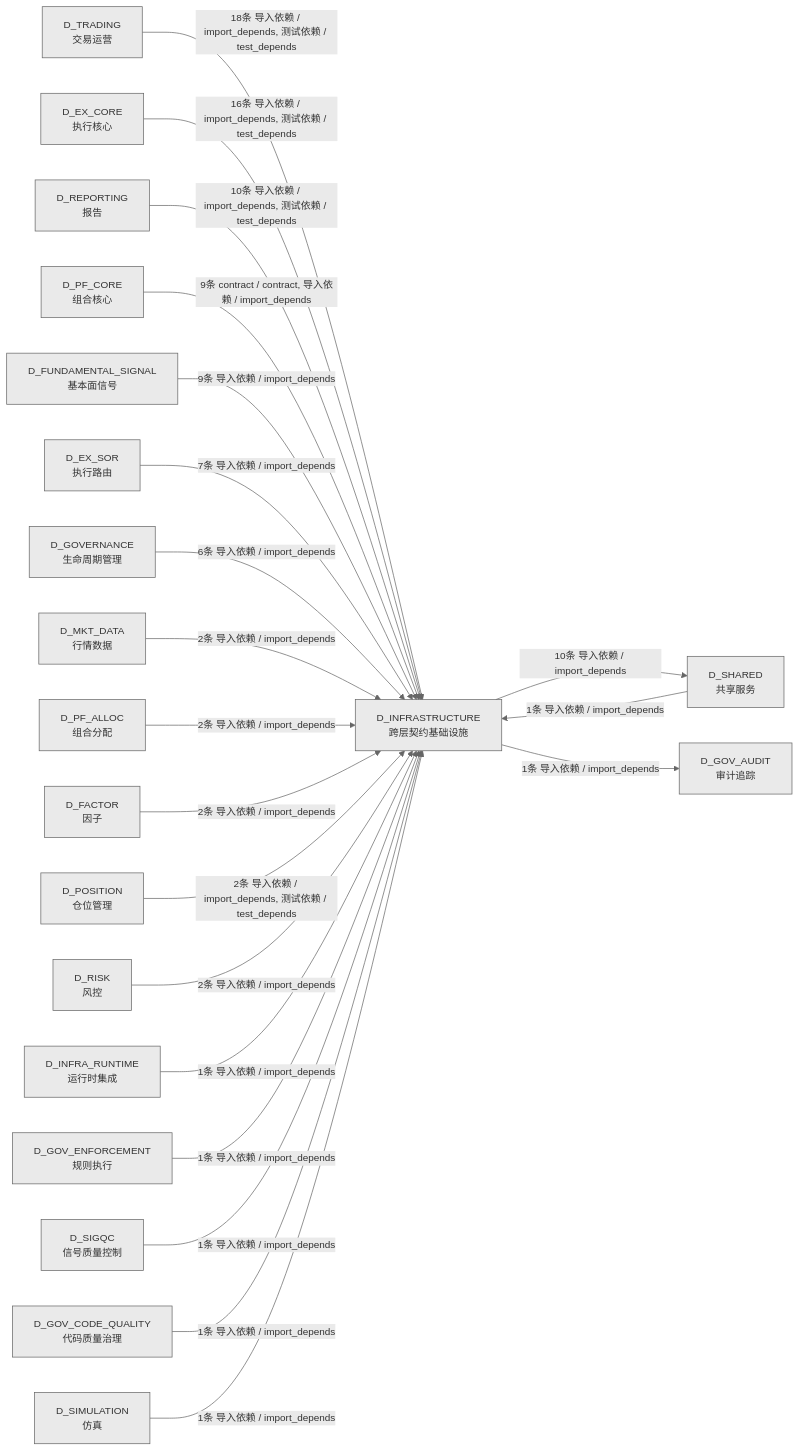
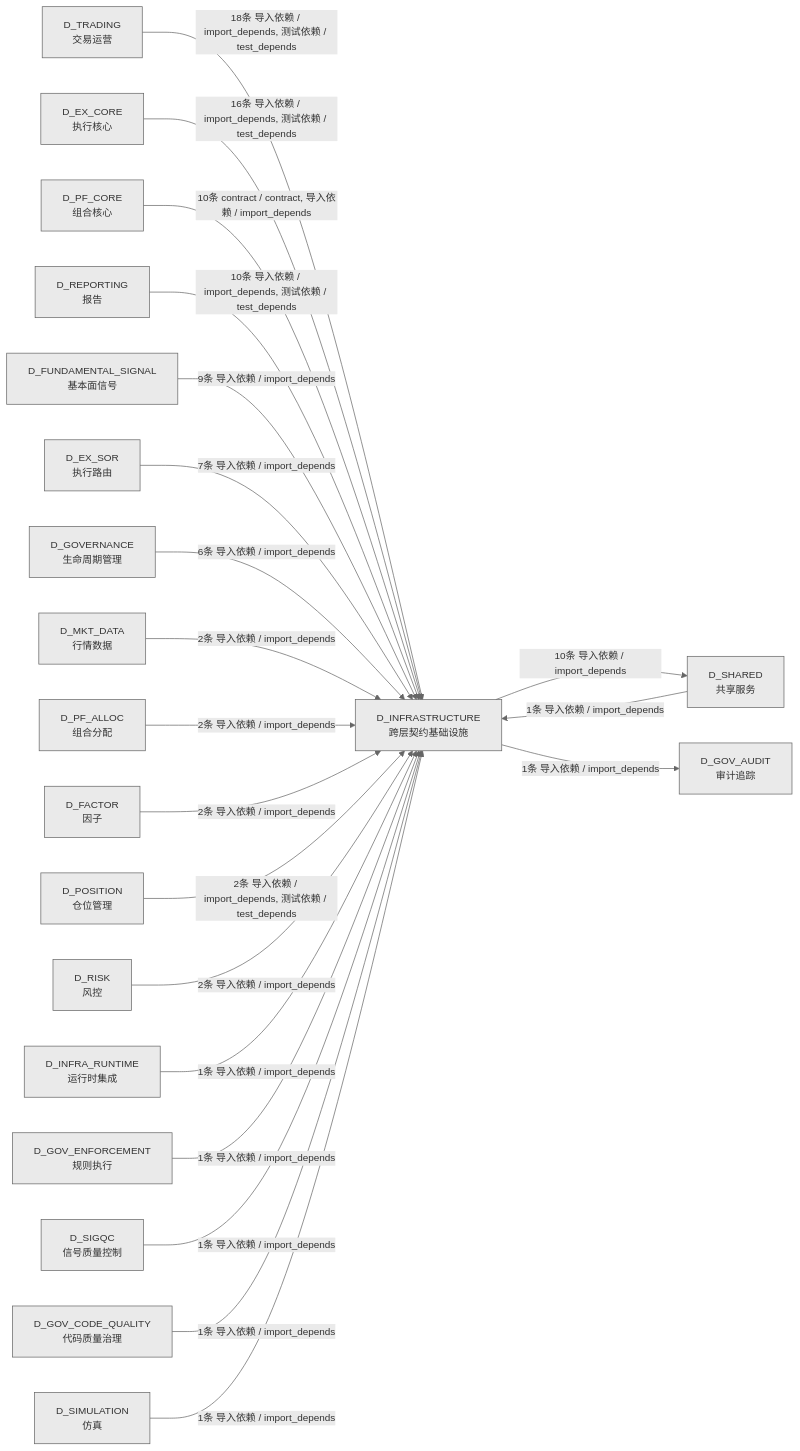
One commit to xuanFelixVan/ZephyrAlpha changed the third of 3 diagrams in docs/02_enterprise_architecture/02_domain_architecture_docs/02_d_infrastructure.md. Above: the diagram before and after it, drawn with Mermaid. The commit also changed other lines of this file and 49 other files, not shown here.

````diff
--- a/docs/02_enterprise_architecture/02_domain_architecture_docs/02_d_infrastructure.md
+++ b/docs/02_enterprise_architecture/02_domain_architecture_docs/02_d_infrastructure.md
@@ -338,44 +337,44 @@
 ```mermaid
 %%{init: {'theme': 'base', 'themeVariables': {'primaryColor': '#eaeaea', 'primaryTextColor': '#333333', 'primaryBorderColor': '#666666', 'lineColor': '#666666', 'secondaryColor': '#eaeaea', 'tertiaryColor': '#eaeaea', 'fontSize': '14px'}}}%%
 graph LR
     D_INFRASTRUCTURE["D_INFRASTRUCTURE<br/>跨层契约基础设施"]
     D_SHARED["D_SHARED<br/>共享服务"]
     D_GOV_AUDIT["D_GOV_AUDIT<br/>审计追踪"]
     D_TRADING["D_TRADING<br/>交易运营"]
     D_EX_CORE["D_EX_CORE<br/>执行核心"]
+    D_PF_CORE["D_PF_CORE<br/>组合核心"]
     D_REPORTING["D_REPORTING<br/>报告"]
-    D_PF_CORE["D_PF_CORE<br/>组合核心"]
     D_FUNDAMENTAL_SIGNAL["D_FUNDAMENTAL_SIGNAL<br/>基本面信号"]
     D_EX_SOR["D_EX_SOR<br/>执行路由"]
     D_GOVERNANCE["D_GOVERNANCE<br/>生命周期管理"]
     D_MKT_DATA["D_MKT_DATA<br/>行情数据"]
     D_PF_ALLOC["D_PF_ALLOC<br/>组合分配"]
     D_FACTOR["D_FACTOR<br/>因子"]
     D_POSITION["D_POSITION<br/>仓位管理"]
     D_RISK["D_RISK<br/>风控"]
     D_INFRA_RUNTIME["D_INFRA_RUNTIME<br/>运行时集成"]
     D_GOV_ENFORCEMENT["D_GOV_ENFORCEMENT<br/>规则执行"]
     D_SIGQC["D_SIGQC<br/>信号质量控制"]
     D_GOV_CODE_QUALITY["D_GOV_CODE_QUALITY<br/>代码质量治理"]
     D_SIMULATION["D_SIMULATION<br/>仿真"]
     D_INFRASTRUCTURE -->|10条 导入依赖 / import_depends| D_SHARED
     D_INFRASTRUCTURE -->|1条 导入依赖 / import_depends| D_GOV_AUDIT
     D_TRADING -->|18条 导入依赖 / import_depends, 测试依赖 / test_depends| D_INFRASTRUCTURE
     D_EX_CORE -->|16条 导入依赖 / import_depends, 测试依赖 / test_depends| D_INFRASTRUCTURE
+    D_PF_CORE -->|10条 contract / contract, 导入依赖 / import_depends| D_INFRASTRUCTURE
     D_REPORTING -->|10条 导入依赖 / import_depends, 测试依赖 / test_depends| D_INFRASTRUCTURE
-    D_PF_CORE -->|9条 contract / contract, 导入依赖 / import_depends| D_INFRASTRUCTURE
     D_FUNDAMENTAL_SIGNAL -->|9条 导入依赖 / import_depends| D_INFRASTRUCTURE
     D_EX_SOR -->|7条 导入依赖 / import_depends| D_INFRASTRUCTURE
     D_GOVERNANCE -->|6条 导入依赖 / import_depends| D_INFRASTRUCTURE
     D_MKT_DATA -->|2条 导入依赖 / import_depends| D_INFRASTRUCTURE
     D_PF_ALLOC -->|2条 导入依赖 / import_depends| D_INFRASTRUCTURE
     D_FACTOR -->|2条 导入依赖 / import_depends| D_INFRASTRUCTURE
     D_POSITION -->|2条 导入依赖 / import_depends, 测试依赖 / test_depends| D_INFRASTRUCTURE
     D_RISK -->|2条 导入依赖 / import_depends| D_INFRASTRUCTURE
     D_INFRA_RUNTIME -->|1条 导入依赖 / import_depends| D_INFRASTRUCTURE
     D_GOV_ENFORCEMENT -->|1条 导入依赖 / import_depends| D_INFRASTRUCTURE
     D_SHARED -->|1条 导入依赖 / import_depends| D_INFRASTRUCTURE
     D_SIGQC -->|1条 导入依赖 / import_depends| D_INFRASTRUCTURE
     D_GOV_CODE_QUALITY -->|1条 导入依赖 / import_depends| D_INFRASTRUCTURE
     D_SIMULATION -->|1条 导入依赖 / import_depends| D_INFRASTRUCTURE
 ```
````
